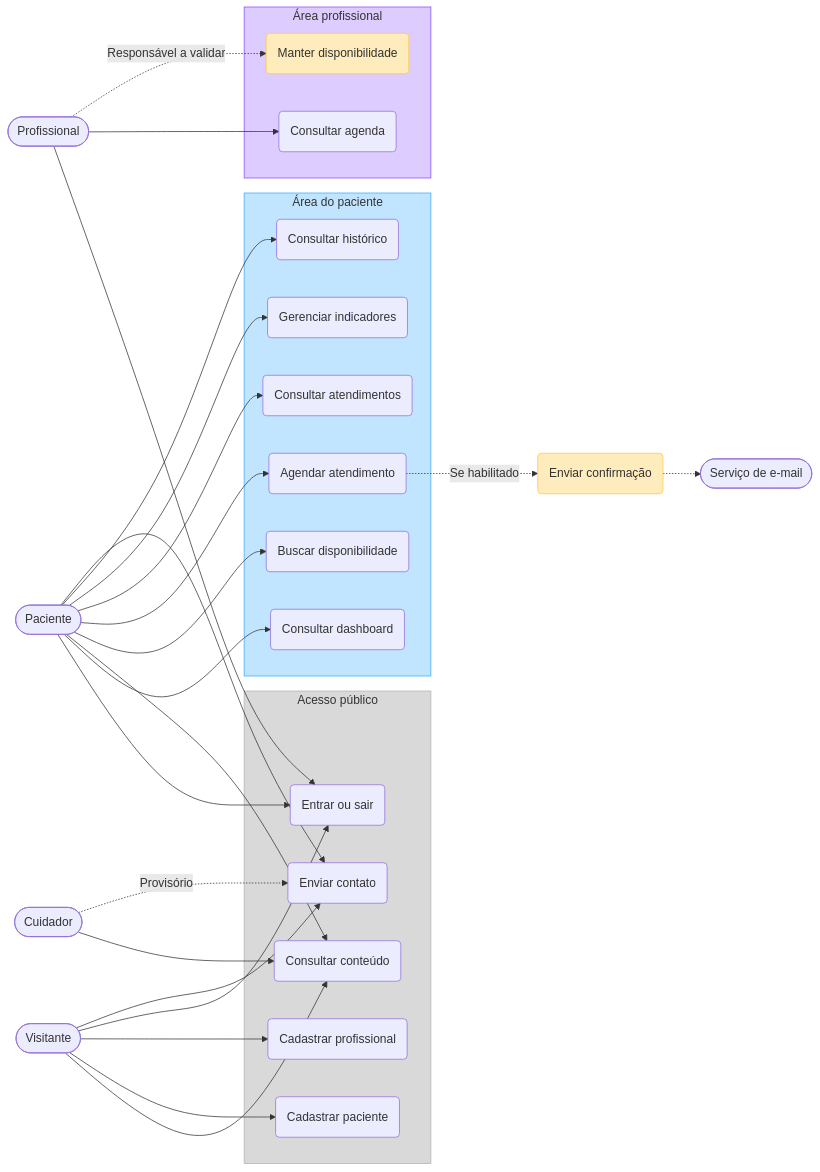
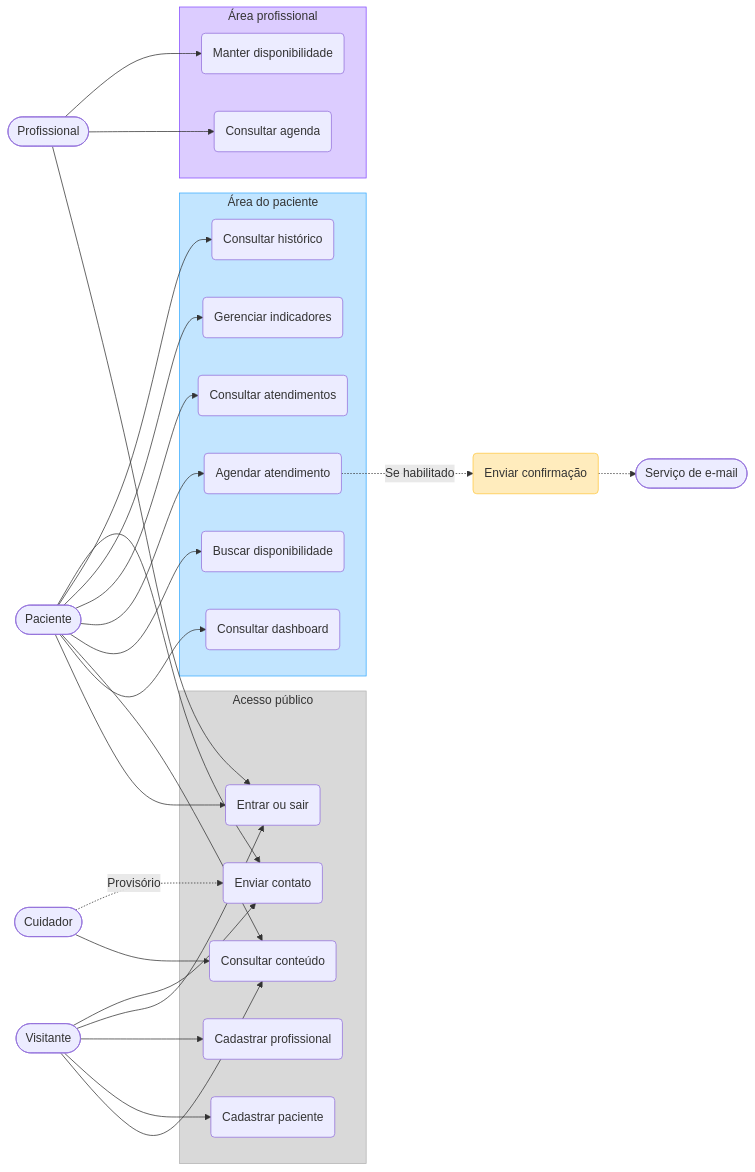
The diagram in docs/06-casos-de-uso.md (Marciocoutinho/vida-mais-facil), drawn with Mermaid before and after one commit. The commit also changed other lines of this file and 4 other files, not shown here.

````diff
--- a/docs/06-casos-de-uso.md
+++ b/docs/06-casos-de-uso.md
@@ -21,64 +21,63 @@
 ```mermaid
 flowchart LR
     visitor([Visitante])
     patient([Paciente])
     caregiver([Cuidador])
     professional([Profissional])
     emailService([Serviço de e-mail])
 
     subgraph publicCases ["Acesso público"]
         openContent(Consultar conteúdo)
         registerPatient(Cadastrar paciente)
         registerProfessional(Cadastrar profissional)
         authenticate(Entrar ou sair)
         sendContact(Enviar contato)
     end
 
     subgraph patientCases ["Área do paciente"]
         viewDashboard(Consultar dashboard)
         searchAvailability(Buscar disponibilidade)
         bookAppointment(Agendar atendimento)
         viewPatientAppointments(Consultar atendimentos)
         manageIndicators(Gerenciar indicadores)
         viewHistory(Consultar histórico)
     end
 
     subgraph professionalCases ["Área profissional"]
         viewProfessionalAppointments(Consultar agenda)
         maintainAvailability(Manter disponibilidade)
     end
 
     sendConfirmation(Enviar confirmação)
 
     visitor --> openContent
     visitor --> registerPatient
     visitor --> registerProfessional
     visitor --> authenticate
     visitor --> sendContact
 
     patient --> authenticate
     patient --> viewDashboard
     patient --> openContent
     patient --> searchAvailability
     patient --> bookAppointment
     patient --> viewPatientAppointments
     patient --> manageIndicators
     patient --> viewHistory
     patient --> sendContact
 
     caregiver --> openContent
     caregiver -.->|"Provisório"| sendContact
 
     professional --> authenticate
     professional --> viewProfessionalAppointments
-    professional -.->|"Responsável a validar"| maintainAvailability
+    professional --> maintainAvailability
 
     bookAppointment -.->|"Se habilitado"| sendConfirmation
     sendConfirmation -.-> emailService
 
     style publicCases fill:#D9D9D9,stroke:#B3B3B3
     style patientCases fill:#C2E5FF,stroke:#3DADFF
     style professionalCases fill:#DCCCFF,stroke:#874FFF
-    style maintainAvailability fill:#FFECBD,stroke:#FFC943
     style sendConfirmation fill:#FFECBD,stroke:#FFC943
 ```
````
